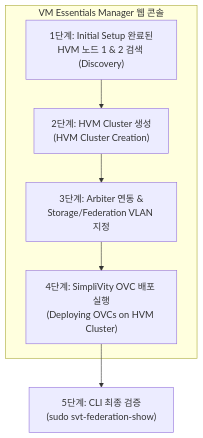
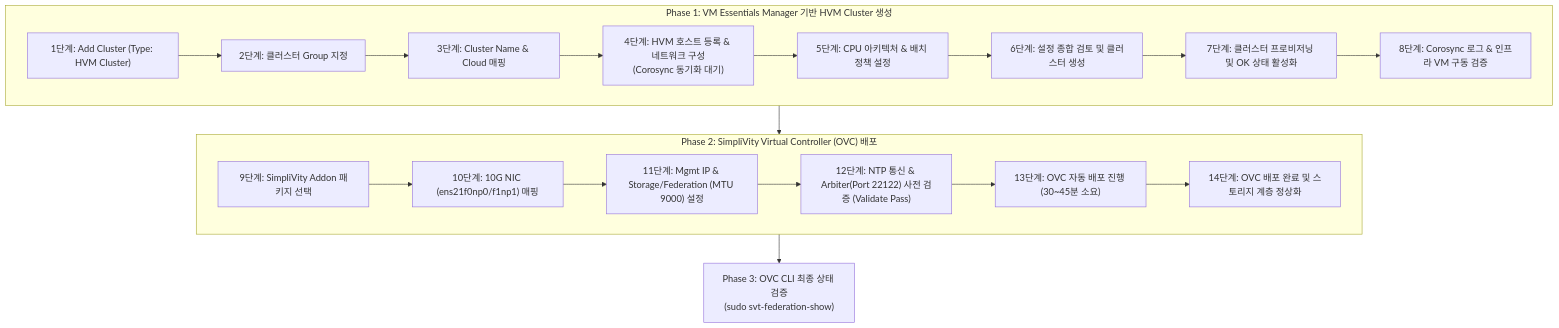
Before and after one commit to CheolKyunYU/cknotes: the diagram in content/posts/simplivity-04-hvm-cluster-ovc-deploy/index.md, drawn with Mermaid. The commit also changed other lines of this file and 35 other files, not shown here.

Commit message:
docs: update SimpliVity Step 4 with 20 sanitized UI screenshots and detailed guide (KO, EN, JP)

````diff
--- a/content/posts/simplivity-04-hvm-cluster-ovc-deploy/index.md
+++ b/content/posts/simplivity-04-hvm-cluster-ovc-deploy/index.md
@@ -43,11 +43,23 @@
 ```mermaid
 flowchart TD
-    subgraph VME_Console["VM Essentials Manager 웹 콘솔"]
-        StepA["1단계: Initial Setup 완료된<br/>HVM 노드 1 & 2 검색 (Discovery)"] --> StepB
-        StepB["2단계: HVM Cluster 생성<br/>(HVM Cluster Creation)"] --> StepC
-        StepC["3단계: Arbiter 연동 &<br/>Storage/Federation VLAN 지정"] --> StepD
-        StepD["4단계: SimpliVity OVC 배포 실행<br/>(Deploying OVCs on HVM Cluster)"]
+    subgraph Phase1["Phase 1: VM Essentials Manager 기반 HVM Cluster 생성"]
+        S1["1단계: Add Cluster (Type: HVM Cluster)"] --> S2["2단계: 클러스터 Group 지정"]
+        S2 --> S3["3단계: Cluster Name & Cloud 매핑"]
+        S3 --> S4["4단계: HVM 호스트 등록 & 네트워크 구성<br/>(Corosync 동기화 대기)"]
+        S4 --> S5["5단계: CPU 아키텍처 & 배치 정책 설정"]
+        S5 --> S6["6단계: 설정 종합 검토 및 클러스터 생성"]
+        S6 --> S7["7단계: 클러스터 프로비저닝 및 OK 상태 활성화"]
+        S7 --> S8["8단계: Corosync 로그 & 인프라 VM 구동 검증"]
     end
 
-    StepD --> Validation["5단계: CLI 최종 검증<br/>(sudo svt-federation-show)"]
+    subgraph Phase2["Phase 2: SimpliVity Virtual Controller (OVC) 배포"]
+        S9["9단계: SimpliVity Addon 패키지 선택"] --> S10["10단계: 10G NIC (ens21f0np0/f1np1) 매핑"]
+        S10 --> S11["11단계: Mgmt IP & Storage/Federation (MTU 9000) 설정"]
+        S11 --> S12["12단계: NTP 통신 & Arbiter(Port 22122) 사전 검증 (Validate Pass)"]
+        S12 --> S13["13단계: OVC 자동 배포 진행 (30~45분 소요)"]
+        S13 --> S14["14단계: OVC 배포 완료 및 스토리지 계층 정상화"]
+    end
+
+    Phase1 --> Phase2
+    Phase2 --> Verification["Phase 3: OVC CLI 최종 상태 검증<br/>(sudo svt-federation-show)"]
 ```
````
